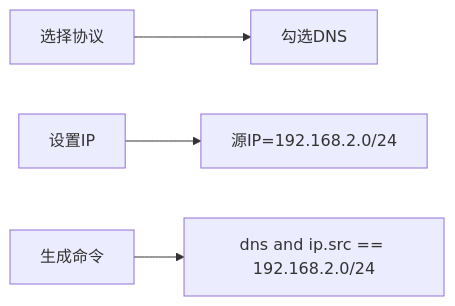
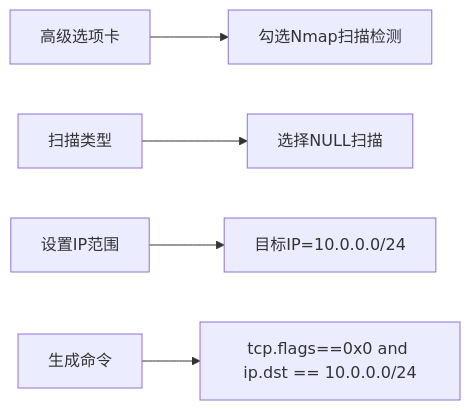
The second of 4 diagrams in README.md (Ouniel/WebSharkFilter), drawn with Mermaid before and after one commit. The commit also changed other lines of this file, not shown here.

````diff
--- a/README.md
+++ b/README.md
@@ -90,6 +101,7 @@
 ```mermaid
 graph LR
-    A[选择协议] --> B[勾选DNS]
-    C[设置IP] --> D[源IP=192.168.2.0/24]
-    E[生成命令] --> F[dns and ip.src == 192.168.2.0/24]
+    A[高级选项卡] --> B[勾选Nmap扫描检测]
+    C[扫描类型] --> D[选择NULL扫描]
+    E[设置IP范围] --> F[目标IP=10.0.0.0/24]
+    G[生成命令] --> H[tcp.flags==0x0 and ip.dst == 10.0.0.0/24]
 ```
````
